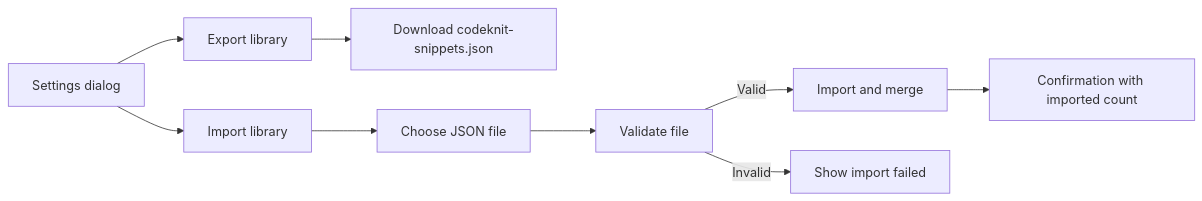
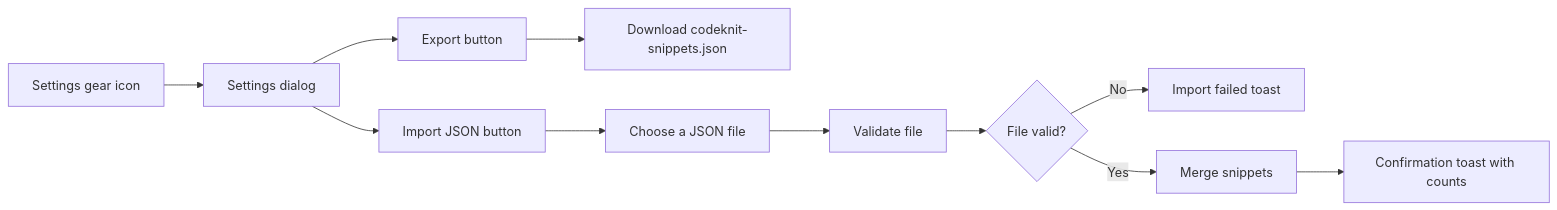
Before and after one commit to Mohita111/API2: the first of 2 diagrams in api2-documentation/plan_2026-11-02_f8890e/user-facing-docs/import-and-export.md, drawn with Mermaid. The commit also changed other lines of this file and 13 other files, not shown here.

````diff
--- a/api2-documentation/plan_2026-11-02_f8890e/user-facing-docs/import-and-export.md
+++ b/api2-documentation/plan_2026-11-02_f8890e/user-facing-docs/import-and-export.md
@@ -9,11 +31,13 @@
 ```mermaid
 graph LR
-    A[Settings dialog] --> B[Export library]
-    A --> C[Import library]
-    B --> D["Download codeknit-snippets.json"]
-    C --> E[Choose JSON file]
-    E --> F[Validate file]
-    F -->|Valid| G[Import and merge]
-    F -->|Invalid| H[Show import failed]
-    G --> I[Confirmation with imported count]
+    A[Settings gear icon] --> B[Settings dialog]
+    B --> C[Export button]
+    B --> D[Import JSON button]
+    C --> E["Download codeknit-snippets.json"]
+    D --> F[Choose a JSON file]
+    F --> G[Validate file]
+    G --> H{"File valid?"}
+    H -- No --> I[Import failed toast]
+    H -- Yes --> J[Merge snippets]
+    J --> K[Confirmation toast with counts]
 ```
````
